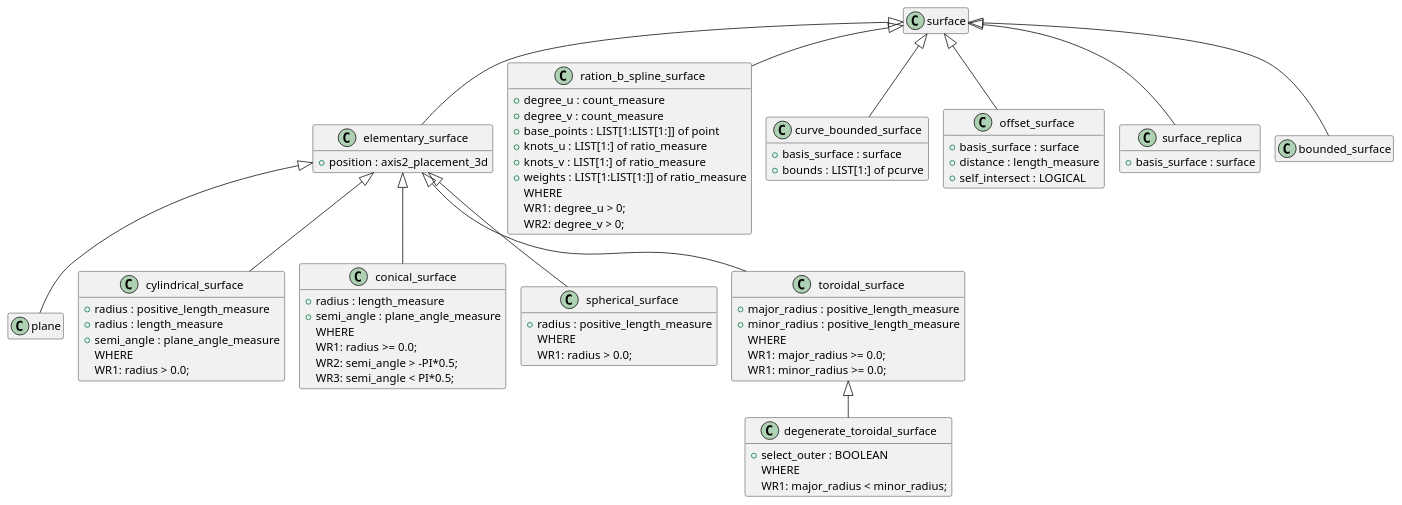
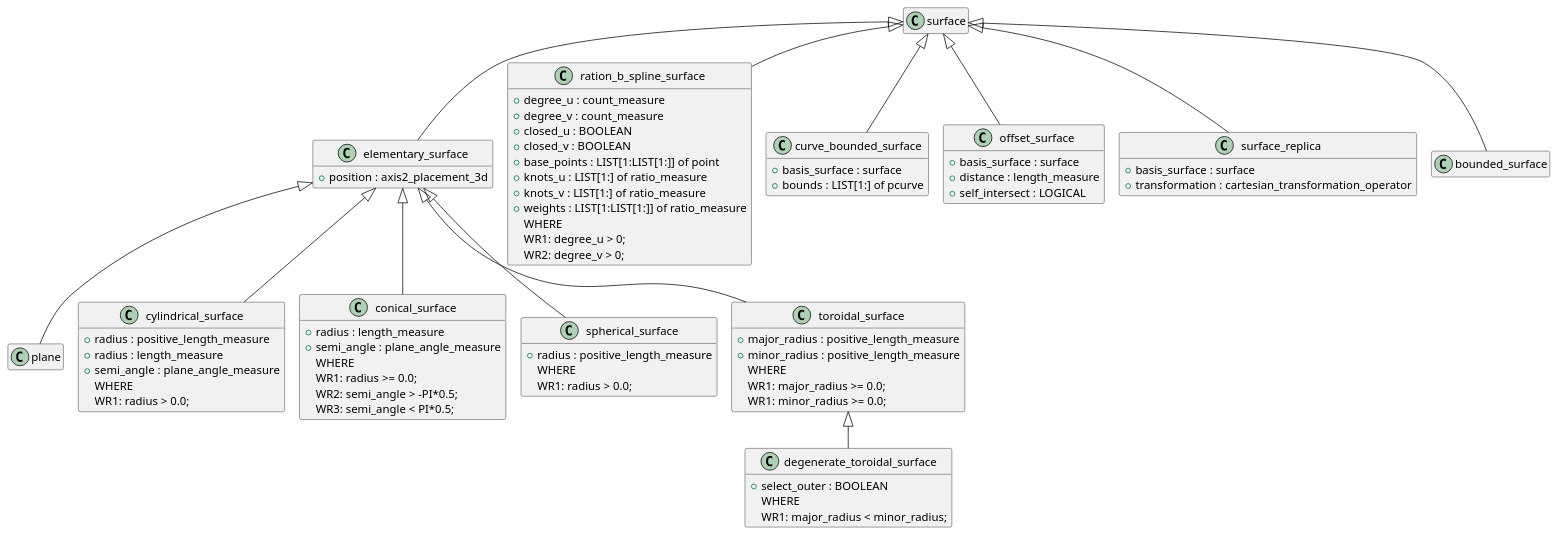
The diagram in 005_Geometry+Topology/geometry/source/surface.pu (chukkaba/10303), drawn with PlantUML before and after one commit. The commit also changed 1 other file, not shown here.

```diff
--- a/005_Geometry+Topology/geometry/source/surface.pu
+++ b/005_Geometry+Topology/geometry/source/surface.pu
@@ -1,100 +1,103 @@
 @startuml
 !pragma layout smetana
 skinparam groupInheritance 2
 hide empty members
 
 class surface {
 }
 
 class elementary_surface {
   +position : axis2_placement_3d
 }
 
 class plane {
 }
 
 class cylindrical_surface {
   +radius : positive_length_measure
 }
 
 class cylindrical_surface {
   +radius : length_measure
   +semi_angle : plane_angle_measure
 WHERE
   WR1: radius > 0.0;
 }
 
 
 class conical_surface {
   +radius : length_measure
   +semi_angle : plane_angle_measure
 WHERE
   WR1: radius >= 0.0;
   WR2: semi_angle > -PI*0.5;
   WR3: semi_angle < PI*0.5;
 }
 
 class spherical_surface {
   +radius : positive_length_measure
   WHERE
   WR1: radius > 0.0;
 }
 
 class toroidal_surface {
   +major_radius : positive_length_measure
   +minor_radius : positive_length_measure
   WHERE
   WR1: major_radius >= 0.0;
   WR1: minor_radius >= 0.0;
 }
 
 class degenerate_toroidal_surface {
   +select_outer : BOOLEAN
 WHERE
   WR1: major_radius < minor_radius;
 }
 
 class ration_b_spline_surface {
   + degree_u : count_measure
   + degree_v : count_measure
+  + closed_u : BOOLEAN
+  + closed_v : BOOLEAN
   + base_points : LIST[1:LIST[1:]] of point
   + knots_u : LIST[1:] of ratio_measure
   + knots_v : LIST[1:] of ratio_measure
   + weights : LIST[1:LIST[1:]] of ratio_measure
   WHERE
   WR1: degree_u > 0;
   WR2: degree_v > 0;
 }
 
 class curve_bounded_surface {
   +basis_surface : surface
   +bounds : LIST[1:] of pcurve
 }
 
 class offset_surface {
   +basis_surface : surface
   +distance : length_measure
   +self_intersect : LOGICAL
 }
 
 class surface_replica {
   +basis_surface : surface
+  +transformation : cartesian_transformation_operator
 }
 
 ' Наследование
 surface <|-- bounded_surface
 surface <|-- elementary_surface
 surface <|-- ration_b_spline_surface
 surface <|-- curve_bounded_surface
 surface <|-- offset_surface
 surface <|-- surface_replica
 
 elementary_surface <|-- plane
 elementary_surface <|-- cylindrical_surface
 elementary_surface <|-- conical_surface
 elementary_surface <|-- spherical_surface
 elementary_surface <|-- toroidal_surface
 
 toroidal_surface <|-- degenerate_toroidal_surface
 
 @enduml
```
